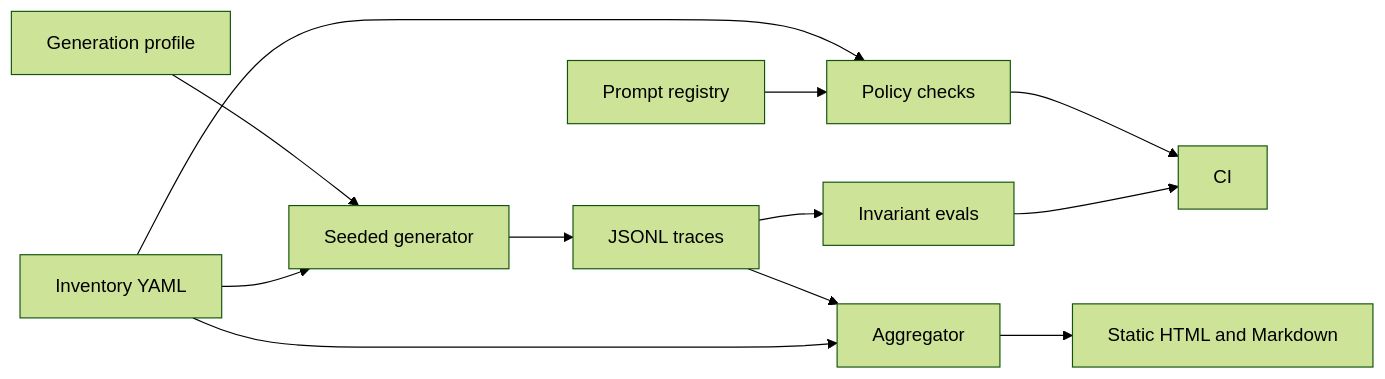
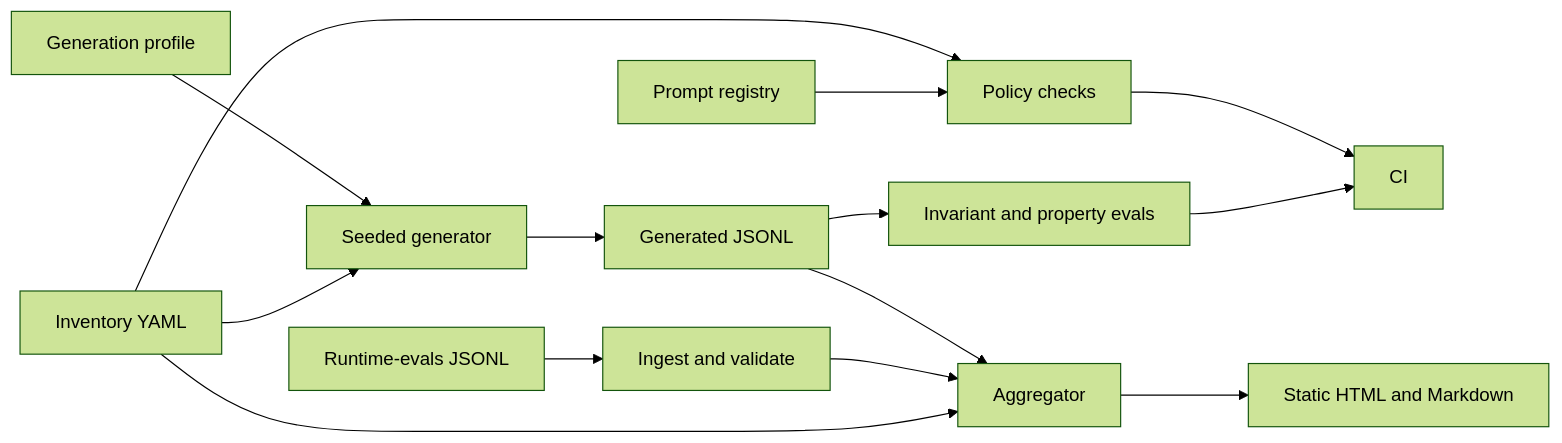
The diagram in README.md (dlescanogithub/agent-governance-cost-board), drawn with Mermaid (forest theme) before and after one commit. The commit also changed other lines of this file and 17 other files, not shown here.

````diff
--- a/README.md
+++ b/README.md
@@ -37,14 +38,16 @@
 ```mermaid
 flowchart LR
   inv[Inventory YAML] --> policy[Policy checks]
   reg[Prompt registry] --> policy
   profile[Generation profile] --> gen[Seeded generator]
   inv --> gen
-  gen --> jsonl[JSONL traces]
+  gen --> jsonl[Generated JSONL]
+  file[Runtime-evals JSONL] --> ingest[Ingest and validate]
   jsonl --> agg[Aggregator]
+  ingest --> agg
   inv --> agg
   agg --> board[Static HTML and Markdown]
-  jsonl --> evals[Invariant evals]
+  jsonl --> evals[Invariant and property evals]
   policy --> ci[CI]
   evals --> ci
 ```
````
